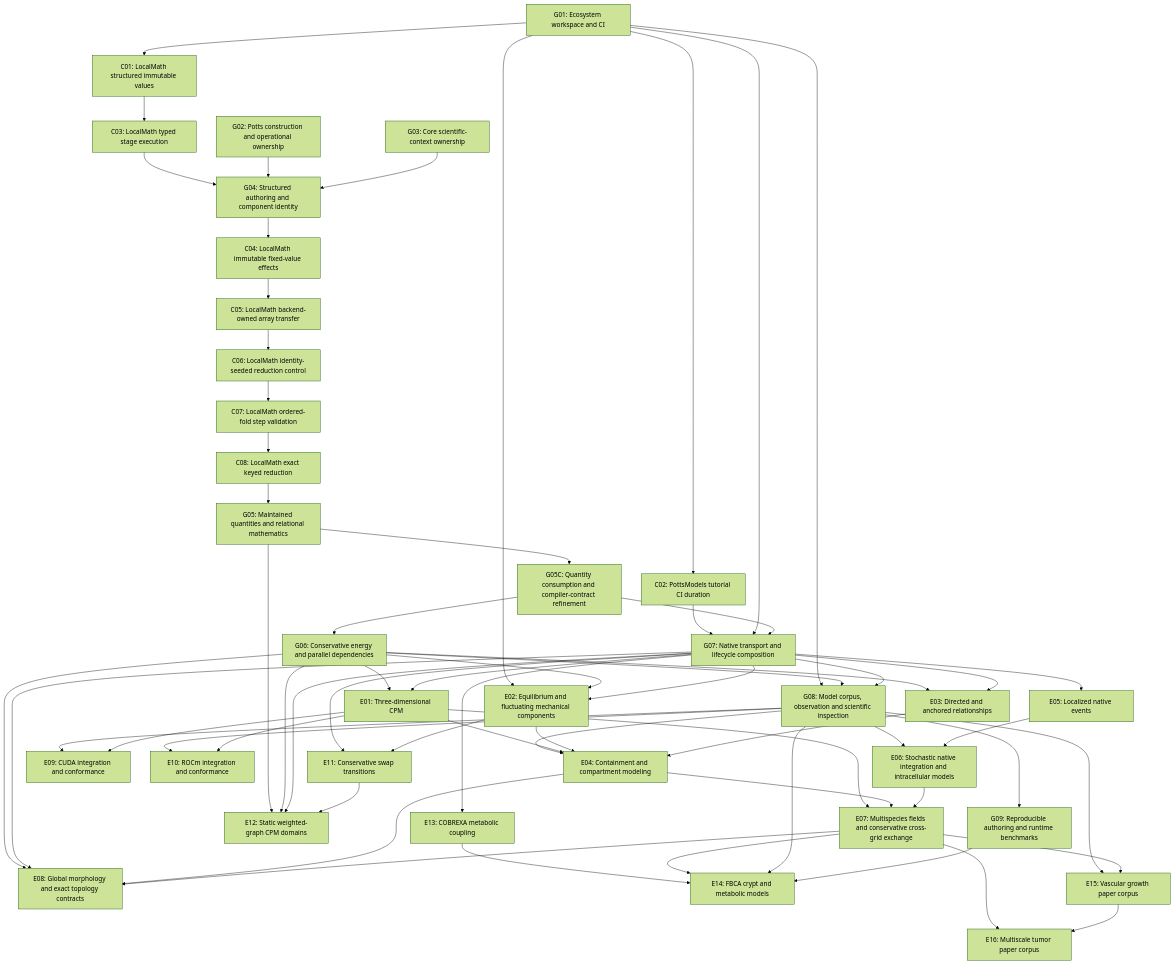
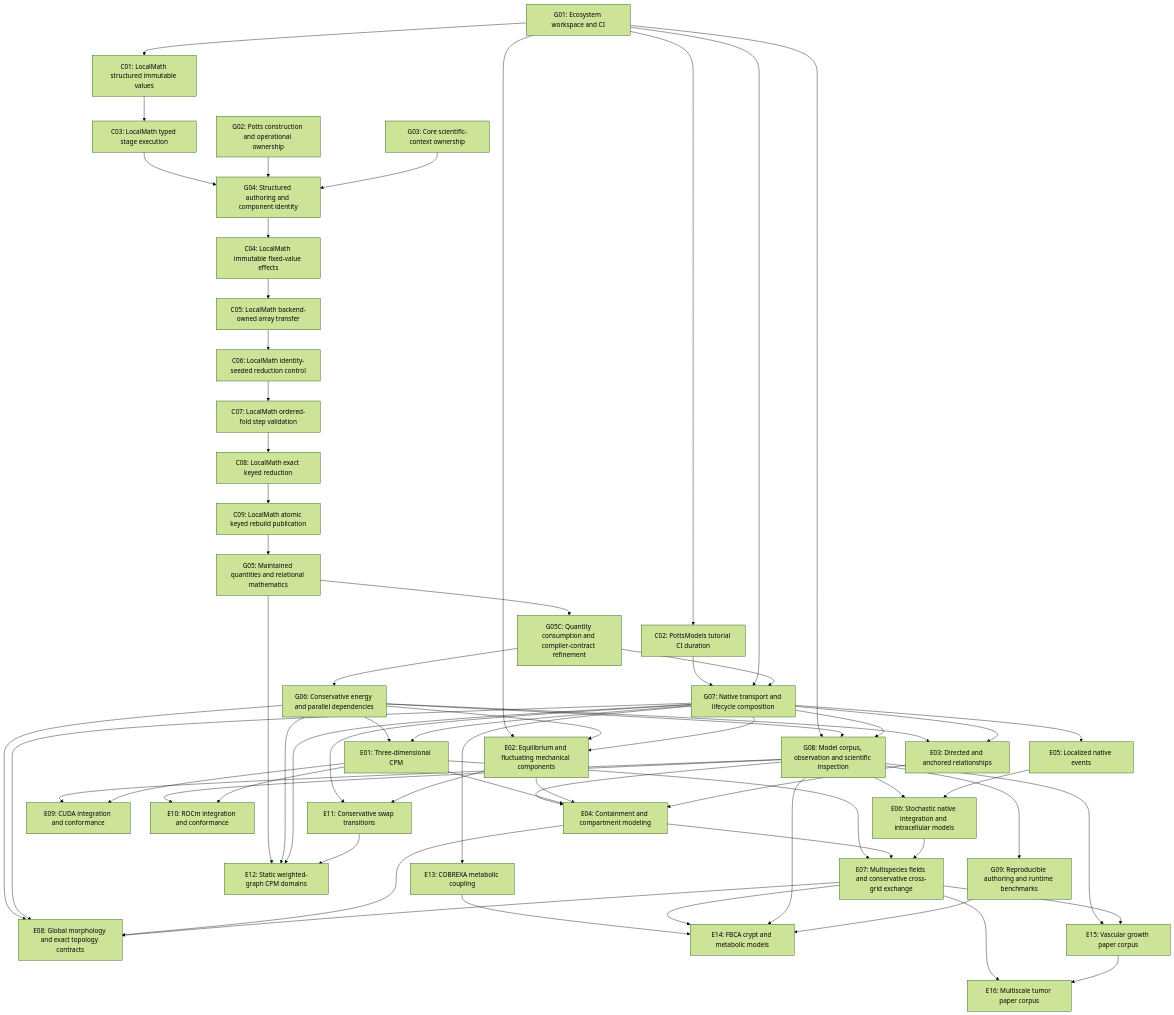
One commit to PraneethMerugu/Potts.jl changed the diagram in design/consolidated-pr-dependency-map.md. Above: the diagram before and after it, drawn with Mermaid (forest theme). The commit also changed other lines of this file and 4 other files, not shown here.

First line of the commit message:
Plan the demonstrated atomic keyed rebuild companion (#57)

```diff
--- a/design/consolidated-pr-dependency-map.md
+++ b/design/consolidated-pr-dependency-map.md
@@ -810,6 +827,7 @@
   C06["C06: LocalMath identity-seeded reduction control"]
   C07["C07: LocalMath ordered-fold step validation"]
   C08["C08: LocalMath exact keyed reduction"]
+  C09["C09: LocalMath atomic keyed rebuild publication"]
   E01["E01: Three-dimensional CPM"]
   E02["E02: Equilibrium and fluctuating mechanical components"]
   E03["E03: Directed and anchored relationships"]
@@ -838,7 +856,8 @@
   C05 --> C06
   C06 --> C07
   C07 --> C08
-  C08 --> G05
+  C08 --> C09
+  C09 --> G05
   G05 --> G05C
   G05C --> G06
   G01 --> G07
```
